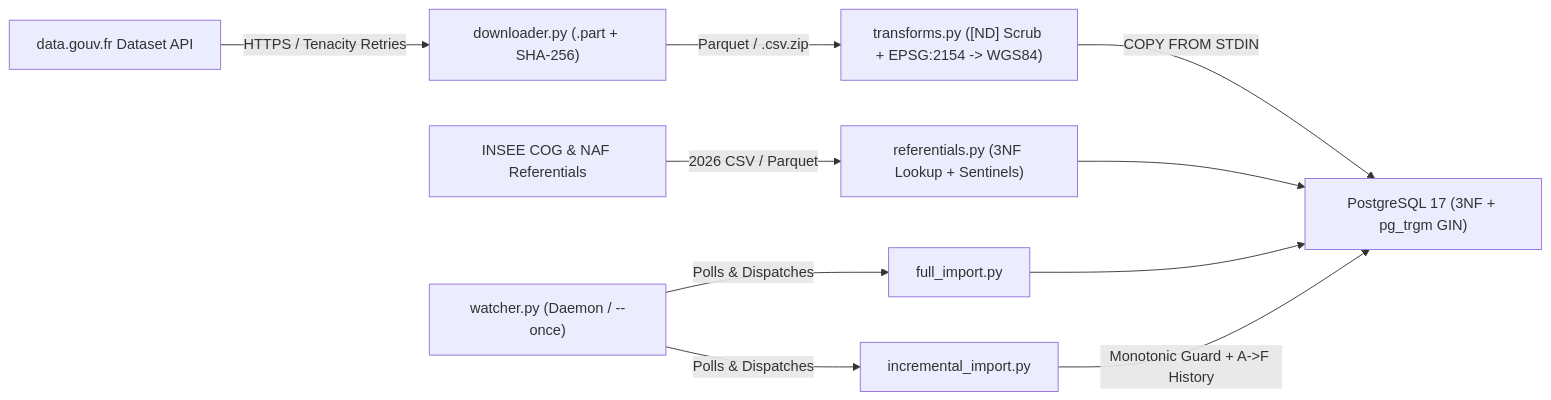
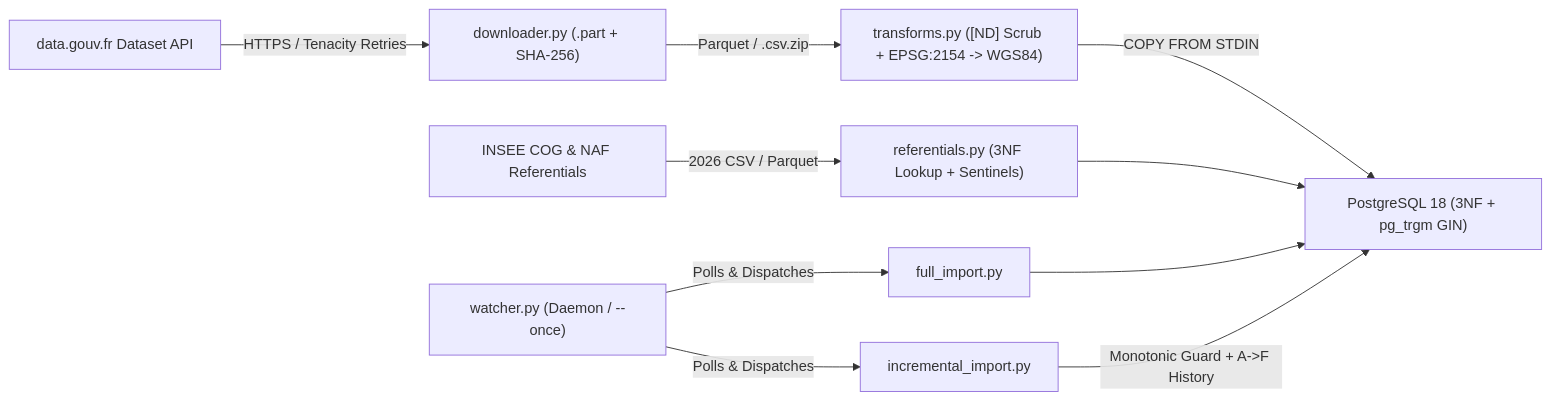
One commit to jmrenouard/test_db changed the diagram in sirene/README.md. Above: the diagram before and after it, drawn with Mermaid. The commit also changed other lines of this file and 25 other files, not shown here.

Commit message:
feat(sirene): migrate to PostgreSQL 18 and add multi-master qualification probe

````diff
--- a/sirene/README.md
+++ b/sirene/README.md
@@ -13,12 +13,12 @@
 ```mermaid
 flowchart LR
     DG["data.gouv.fr Dataset API"] -->|"HTTPS / Tenacity Retries"| DL["downloader.py (.part + SHA-256)"]
     INSEE["INSEE COG & NAF Referentials"] -->|"2026 CSV / Parquet"| REF["referentials.py (3NF Lookup + Sentinels)"]
     DL -->|"Parquet / .csv.zip"| TR["transforms.py ([ND] Scrub + EPSG:2154 -> WGS84)"]
-    TR -->|"COPY FROM STDIN"| PG["PostgreSQL 17 (3NF + pg_trgm GIN)"]
+    TR -->|"COPY FROM STDIN"| PG["PostgreSQL 18 (3NF + pg_trgm GIN)"]
     REF --> PG
     WATCH["watcher.py (Daemon / --once)"] -->|"Polls & Dispatches"| FULL["full_import.py"]
     WATCH -->|"Polls & Dispatches"| INC["incremental_import.py"]
     FULL --> PG
     INC -->|"Monotonic Guard + A->F History"| PG
 ```
````
